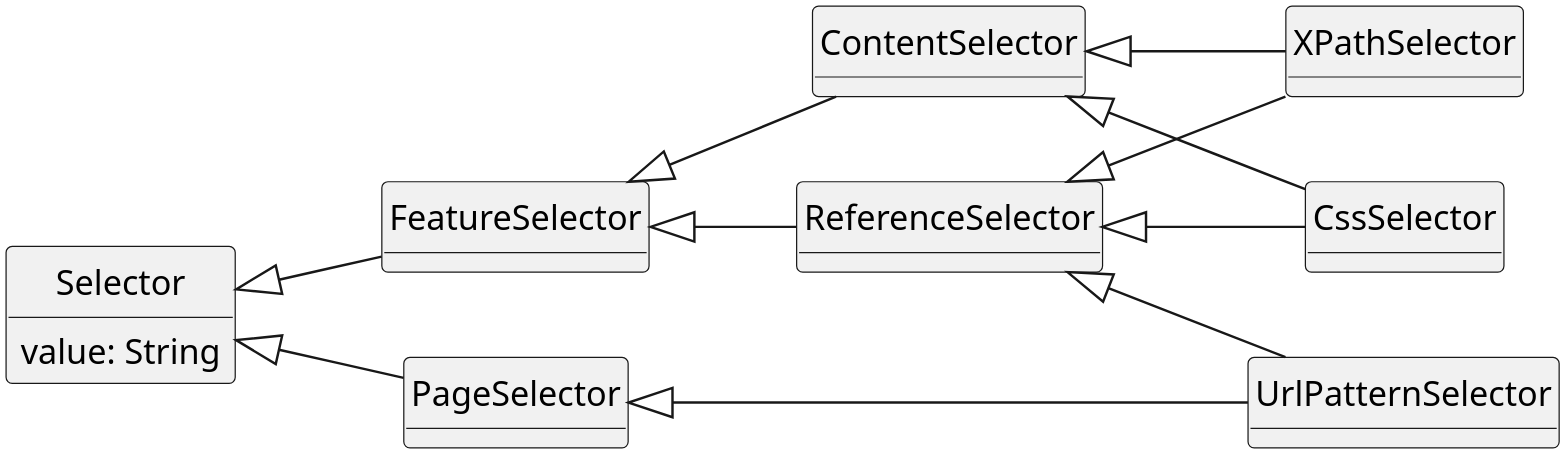
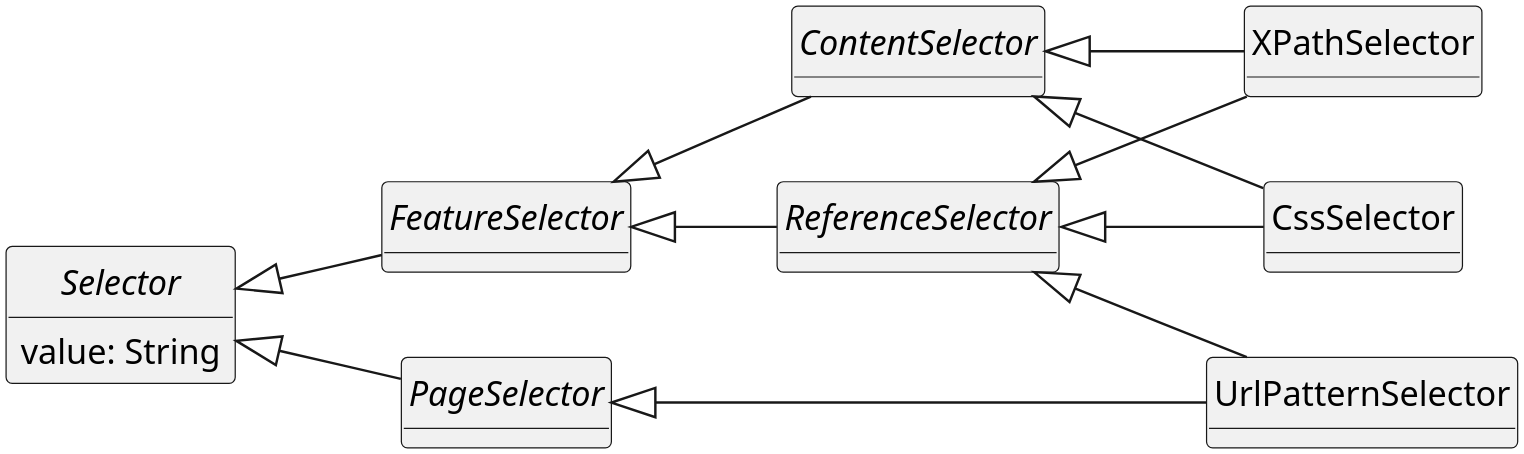
The diagram in src/main/resources/dsl/selectors.plantuml (TheGreyKoala/master-thesis), drawn with PlantUML before and after one commit. The commit also changed 12 other files, not shown here.

Commit message:
Checking prepared mindmaps

```diff
--- a/src/main/resources/dsl/selectors.plantuml
+++ b/src/main/resources/dsl/selectors.plantuml
@@ -1,30 +1,30 @@
 @startuml
 hide circle
 hide empty methods
 left to right direction
 scale 3840*2160
 
-class ContentSelector
+abstract class ContentSelector
 class CssSelector
-class FeatureSelector
-class PageSelector
-class ReferenceSelector
-class Selector {
+abstract class FeatureSelector
+abstract class PageSelector
+abstract class ReferenceSelector
+abstract class Selector {
     value: String
 }
 class UrlPatternSelector
 class XPathSelector
 
 ContentSelector <|-- CssSelector
 ContentSelector <|-- XPathSelector
 FeatureSelector <|-- ContentSelector
 FeatureSelector <|-- ReferenceSelector
 
 PageSelector <|-- UrlPatternSelector
 ReferenceSelector <|-- CssSelector
 ReferenceSelector <|-- UrlPatternSelector
 ReferenceSelector <|-- XPathSelector
 
 Selector <|-- PageSelector
 Selector <|-- FeatureSelector
 @enduml
```
